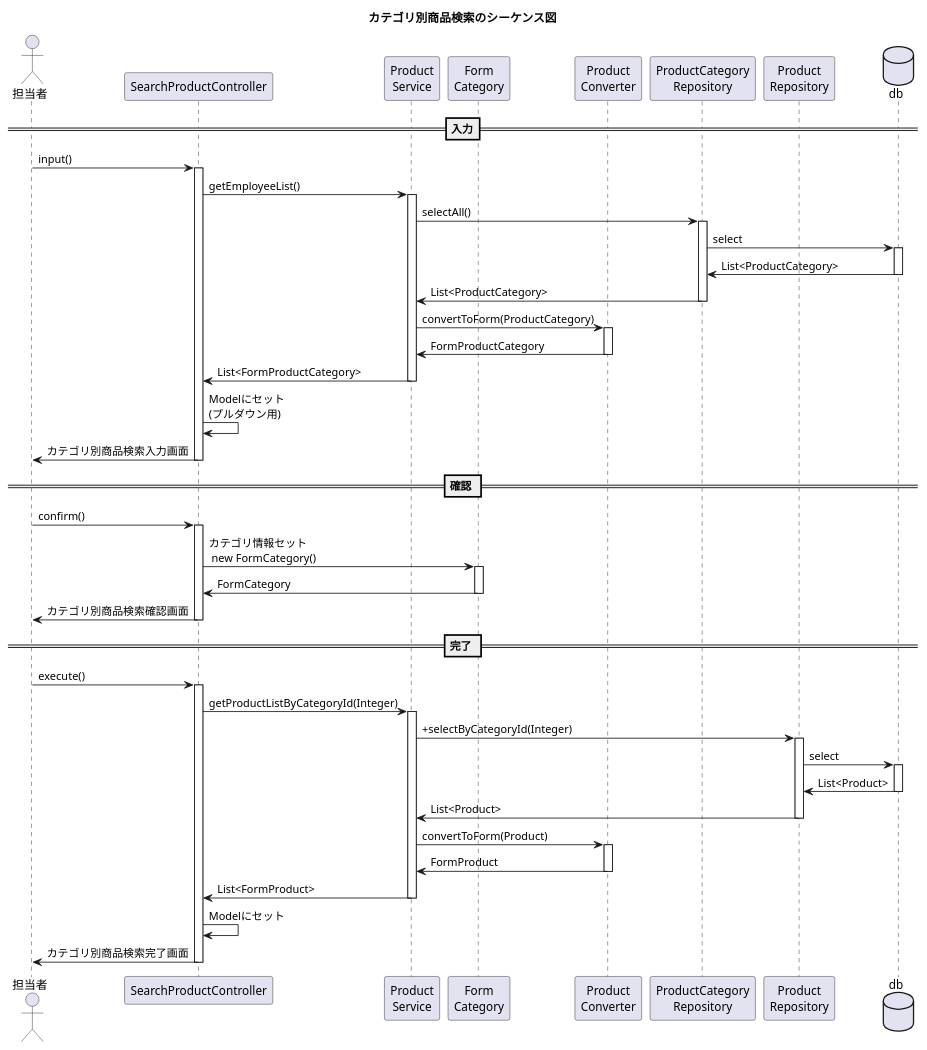
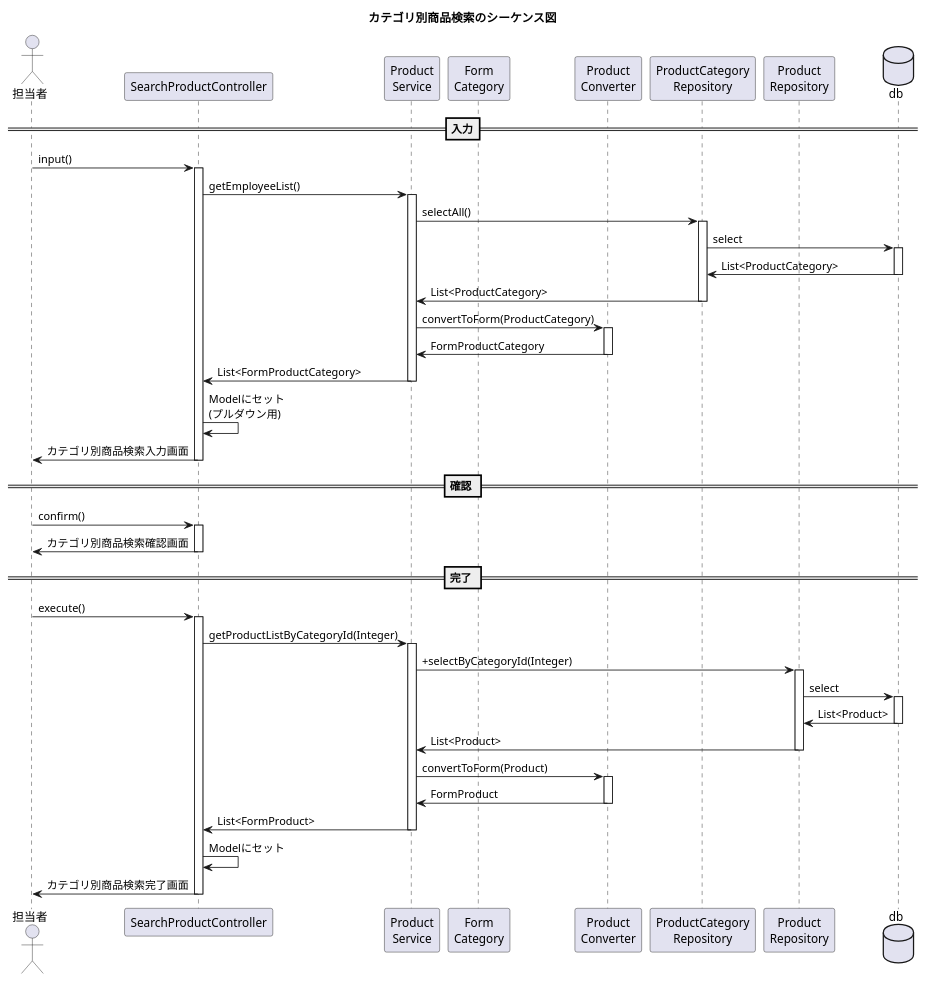
Before and after one commit to kanavii3333/ec-b: the diagram in plan/uml/sequence/uc011.plantuml, drawn with PlantUML. The commit also changed 6 other files, not shown here.

Commit message:
シーケンス図修正　helper form関連

```diff
--- a/plan/uml/sequence/uc011.plantuml
+++ b/plan/uml/sequence/uc011.plantuml
@@ -1,43 +1,41 @@
 @startuml
 
 title カテゴリ別商品検索のシーケンス図
 actor "担当者" as user
 participant "SearchProductController" as controller
 participant "Product\nService" as service
 participant "Form\nCategory" as form
 participant "Product\nConverter" as helper
 participant "ProductCategory\nRepository" as repository1
 participant "Product\nRepository" as repository2
 database "db" as db
 ==入力==
 user -> controller++:input()
 controller -> service++:getEmployeeList()
 service -> repository1++:selectAll()
 repository1 -> db++:select
 db -> repository1--:List<ProductCategory>
 repository1 -> service--:List<ProductCategory>
 service -> helper++:convertToForm(ProductCategory)
 service <- helper--:FormProductCategory
 service -> controller--:List<FormProductCategory>
 controller -> controller:Modelにセット\n(プルダウン用)
 controller -> user--:カテゴリ別商品検索入力画面
 == 確認 ==
 user -> controller++:confirm()
-controller -> form++:カテゴリ情報セット\n new FormCategory()
-form -> controller--:FormCategory
 controller -> user--:カテゴリ別商品検索確認画面
 == 完了 ==
 user -> controller++:execute()
 controller -> service++:getProductListByCategoryId(Integer)
 service -> repository2++:+selectByCategoryId(Integer)
 repository2 -> db++:select
 db -> repository2--:List<Product>
 repository2 -> service--:List<Product>
 service -> helper++:convertToForm(Product)
 service <- helper--:FormProduct
 service -> controller--:List<FormProduct>
 controller -> controller:Modelにセット
 controller -> user--:カテゴリ別商品検索完了画面
 
 
 @enduml
```
